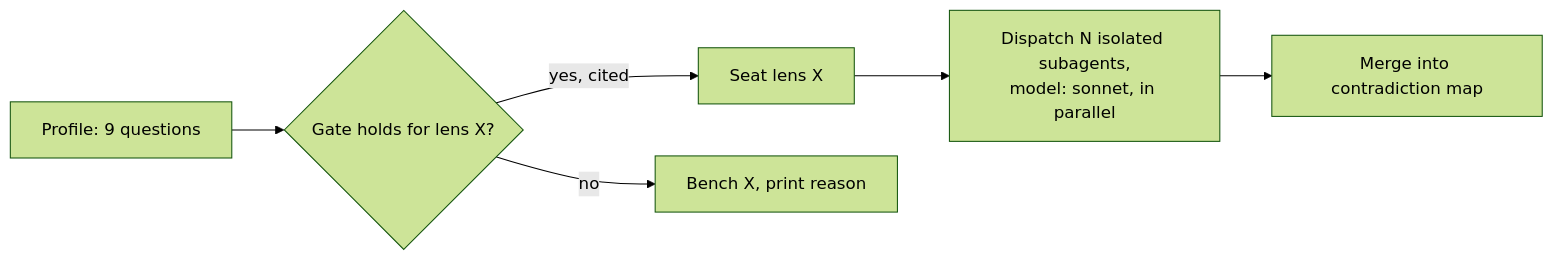
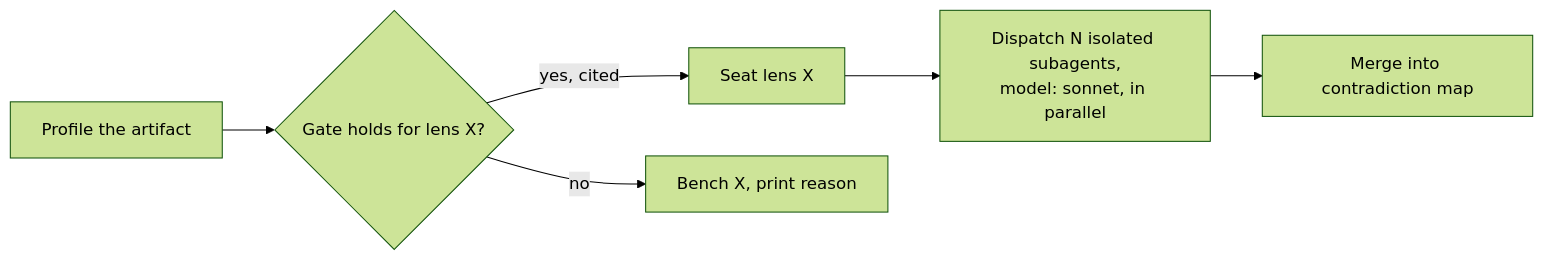
The seventh of 7 diagrams in docs/wiki/workflow.md (damusix/atomic-claude), drawn with Mermaid (forest theme) before and after one commit. The commit also changed other lines of this file and 21 other files, not shown here.

````diff
--- a/docs/wiki/workflow.md
+++ b/docs/wiki/workflow.md
@@ -183,8 +183,8 @@
 ```mermaid
 flowchart LR
-    P["Profile: 9 questions"] --> G{"Gate holds for lens X?"}
+    P["Profile the artifact"] --> G{"Gate holds for lens X?"}
     G -->|yes, cited| S["Seat lens X"]
     G -->|no| B["Bench X, print reason"]
     S --> D["Dispatch N isolated subagents,<br/>model: sonnet, in parallel"]
     D --> M["Merge into contradiction map"]
 ```
````
